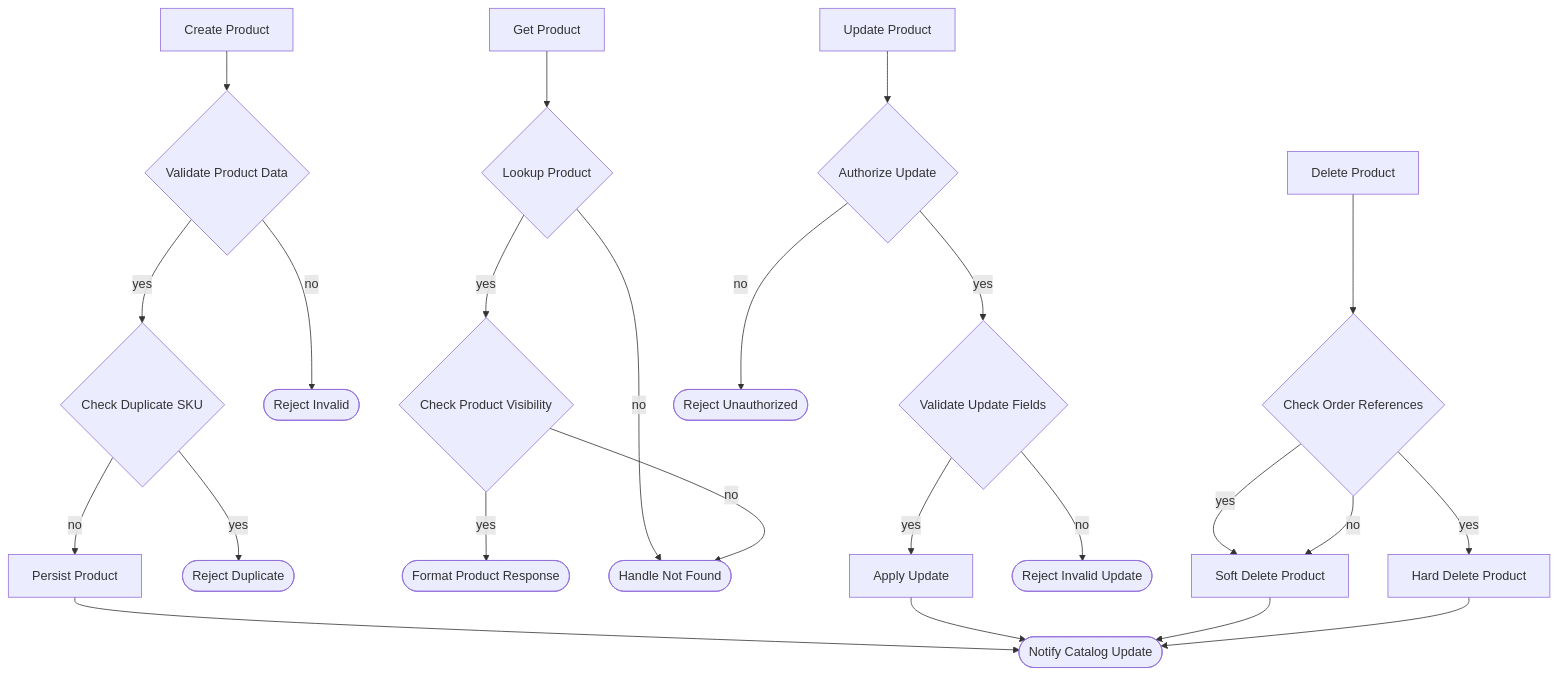
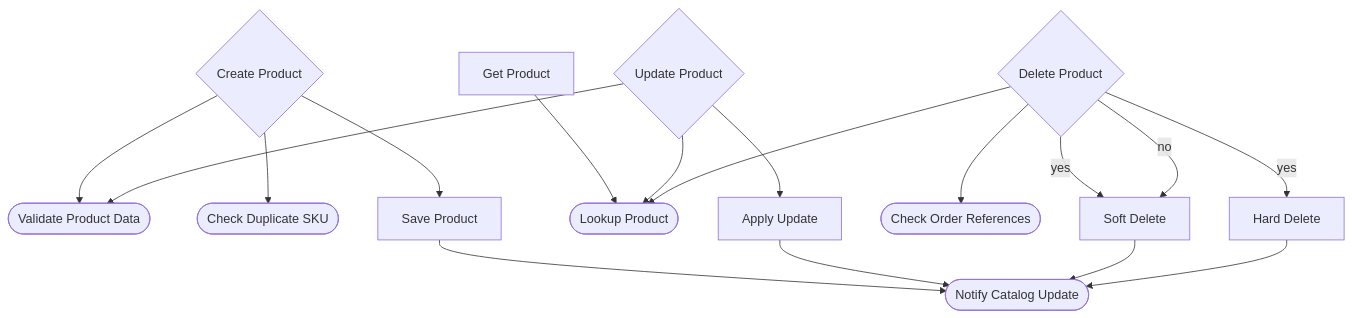
The diagram in examples/fastapi/product_inventory_api.mmd (jharibo/flowdoc), drawn with Mermaid before and after one commit. The commit also changed 7 other files, not shown here.

```diff
--- a/examples/fastapi/product_inventory_api.mmd
+++ b/examples/fastapi/product_inventory_api.mmd
@@ -1,47 +1,31 @@
 flowchart TD
-    create_product[Create Product]
-    validate_product_data{Validate Product Data}
-    check_duplicate_sku{Check Duplicate SKU}
-    persist_product[Persist Product]
+    validate_product_data([Validate Product Data])
+    check_duplicate_sku([Check Duplicate SKU])
+    save_product[Save Product]
     notify_catalog_update([Notify Catalog Update])
-    reject_invalid([Reject Invalid])
-    reject_duplicate([Reject Duplicate])
+    lookup_product([Lookup Product])
+    apply_update[Apply Update]
+    check_order_references([Check Order References])
+    soft_delete[Soft Delete]
+    hard_delete[Hard Delete]
+    create_product{Create Product}
     get_product[Get Product]
-    lookup_product{Lookup Product}
-    check_product_visibility{Check Product Visibility}
-    format_product_response([Format Product Response])
-    handle_not_found([Handle Not Found])
-    update_product[Update Product]
-    authorize_update{Authorize Update}
-    validate_update_fields{Validate Update Fields}
-    apply_update[Apply Update]
-    reject_unauthorized([Reject Unauthorized])
-    reject_invalid_update([Reject Invalid Update])
-    delete_product[Delete Product]
-    check_order_references{Check Order References}
-    soft_delete_product[Soft Delete Product]
-    hard_delete_product[Hard Delete Product]
+    update_product{Update Product}
+    delete_product{Delete Product}
 
+    save_product --> notify_catalog_update
+    apply_update --> notify_catalog_update
+    soft_delete --> notify_catalog_update
+    hard_delete --> notify_catalog_update
     create_product --> validate_product_data
-    validate_product_data -->|yes| check_duplicate_sku
-    validate_product_data -->|no| reject_invalid
-    check_duplicate_sku -->|yes| reject_duplicate
-    check_duplicate_sku -->|no| persist_product
-    persist_product --> notify_catalog_update
+    create_product --> check_duplicate_sku
+    create_product --> save_product
     get_product --> lookup_product
-    lookup_product -->|yes| check_product_visibility
-    lookup_product -->|no| handle_not_found
-    check_product_visibility -->|yes| format_product_response
-    check_product_visibility -->|no| handle_not_found
-    update_product --> authorize_update
-    authorize_update -->|yes| validate_update_fields
-    authorize_update -->|no| reject_unauthorized
-    validate_update_fields -->|yes| apply_update
-    validate_update_fields -->|no| reject_invalid_update
-    apply_update --> notify_catalog_update
+    update_product --> lookup_product
+    update_product --> validate_product_data
+    update_product --> apply_update
+    delete_product --> lookup_product
     delete_product --> check_order_references
-    check_order_references -->|yes| soft_delete_product
-    check_order_references -->|yes| hard_delete_product
-    check_order_references -->|no| soft_delete_product
-    soft_delete_product --> notify_catalog_update
-    hard_delete_product --> notify_catalog_update
+    delete_product -->|yes| soft_delete
+    delete_product -->|yes| hard_delete
+    delete_product -->|no| soft_delete
```
